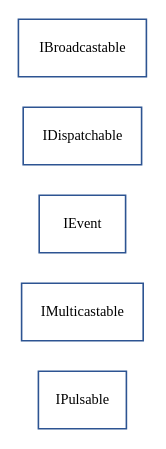
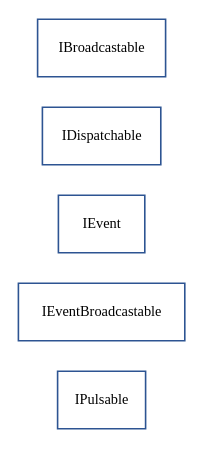
Before and after one commit to sekati/sasapi: the diagram in docs/com/sekati/events/interfaces.dot, drawn with Graphviz. The commit also changed 92 other files, not shown here.

```diff
--- a/docs/com/sekati/events/interfaces.dot
+++ b/docs/com/sekati/events/interfaces.dot
@@ -1,48 +1,48 @@
 strict digraph interface_diagram {
   rankdir=LR;
   IPulsable[
     label="IPulsable",
     URL="IPulsable.html",
     tooltip="com.sekati.events.IPulsable",
     fontname="Verdana-Italic",
     fontsize="9"
     color="#2d5492"
     shape="record"
   ];
-  IMulticastable[
-    label="IMulticastable",
-    URL="IMulticastable.html",
-    tooltip="com.sekati.events.IMulticastable",
+  IEventBroadcastable[
+    label="IEventBroadcastable",
+    URL="IEventBroadcastable.html",
+    tooltip="com.sekati.events.IEventBroadcastable",
     fontname="Verdana-Italic",
     fontsize="9"
     color="#2d5492"
     shape="record"
   ];
   IEvent[
     label="IEvent",
     URL="IEvent.html",
     tooltip="com.sekati.events.IEvent",
     fontname="Verdana-Italic",
     fontsize="9"
     color="#2d5492"
     shape="record"
   ];
   IDispatchable[
     label="IDispatchable",
     URL="IDispatchable.html",
     tooltip="com.sekati.events.IDispatchable",
     fontname="Verdana-Italic",
     fontsize="9"
     color="#2d5492"
     shape="record"
   ];
   IBroadcastable[
     label="IBroadcastable",
     URL="IBroadcastable.html",
     tooltip="com.sekati.events.IBroadcastable",
     fontname="Verdana-Italic",
     fontsize="9"
     color="#2d5492"
     shape="record"
   ];
 }
```
